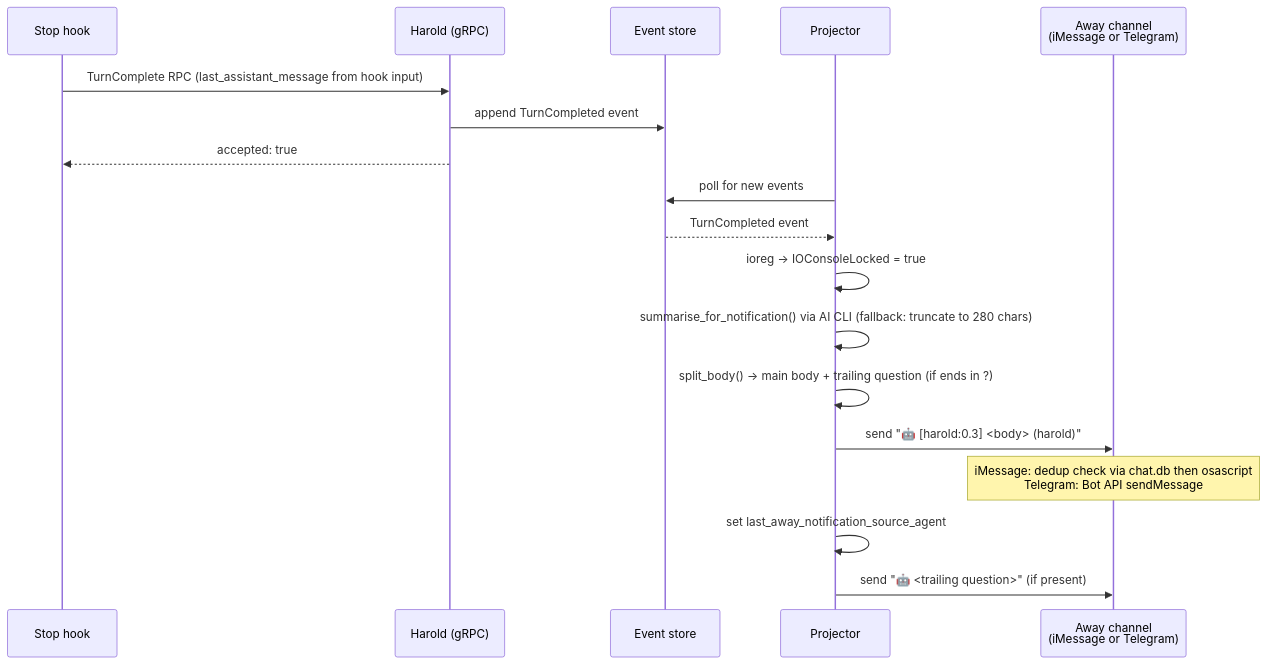
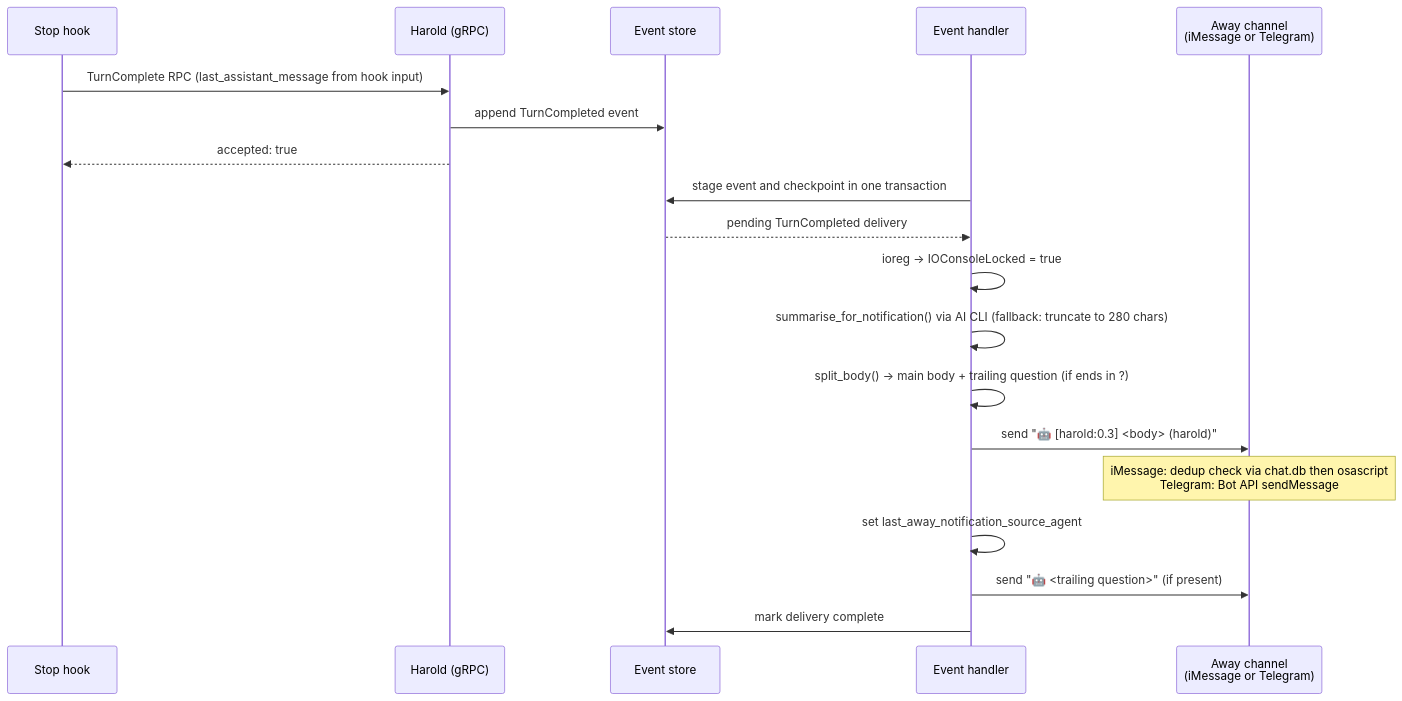
One commit to kahgeh/harold changed the second of 2 diagrams in docs/references/notification/README.md. Above: the diagram before and after it, drawn with Mermaid. The commit also changed other lines of this file and 33 other files, not shown here.

````diff
--- a/docs/references/notification/README.md
+++ b/docs/references/notification/README.md
@@ -135,22 +136,23 @@
 ```mermaid
 sequenceDiagram
     participant Hook as Stop hook
     participant gRPC as Harold (gRPC)
     participant Store as Event store
-    participant Projector
+    participant Handler as Event handler
     participant Channel as Away channel<br/>(iMessage or Telegram)
 
     Hook->>gRPC: TurnComplete RPC (last_assistant_message from hook input)
     gRPC->>Store: append TurnCompleted event
     gRPC-->>Hook: accepted: true
 
-    Projector->>Store: poll for new events
-    Store-->>Projector: TurnCompleted event
-    Projector->>Projector: ioreg → IOConsoleLocked = true
-    Projector->>Projector: summarise_for_notification() via AI CLI (fallback: truncate to 280 chars)
-    Projector->>Projector: split_body() → main body + trailing question (if ends in ?)
-    Projector->>Channel: send "🤖 [harold:0.3] <body> (harold)"
+    Handler->>Store: stage event and checkpoint in one transaction
+    Store-->>Handler: pending TurnCompleted delivery
+    Handler->>Handler: ioreg → IOConsoleLocked = true
+    Handler->>Handler: summarise_for_notification() via AI CLI (fallback: truncate to 280 chars)
+    Handler->>Handler: split_body() → main body + trailing question (if ends in ?)
+    Handler->>Channel: send "🤖 [harold:0.3] <body> (harold)"
     note over Channel: iMessage: dedup check via chat.db then osascript<br/>Telegram: Bot API sendMessage
-    Projector->>Projector: set last_away_notification_source_agent
-    Projector->>Channel: send "🤖 <trailing question>" (if present)
+    Handler->>Handler: set last_away_notification_source_agent
+    Handler->>Channel: send "🤖 <trailing question>" (if present)
+    Handler->>Store: mark delivery complete
 ```
````
